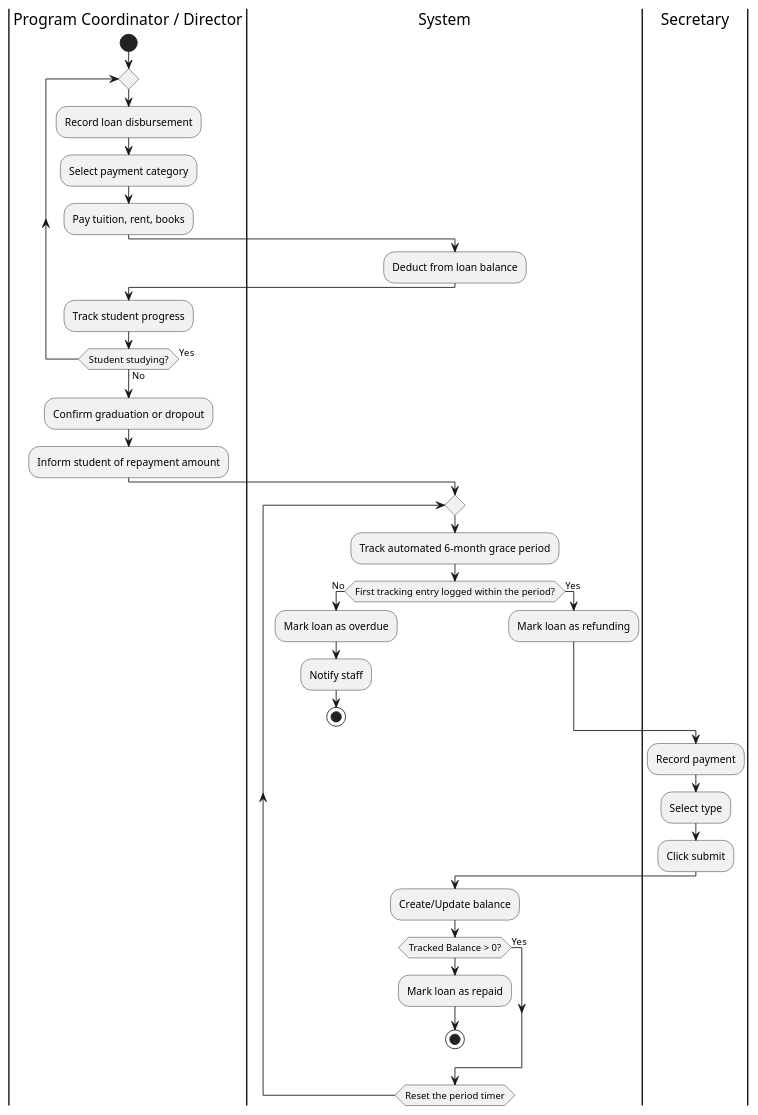
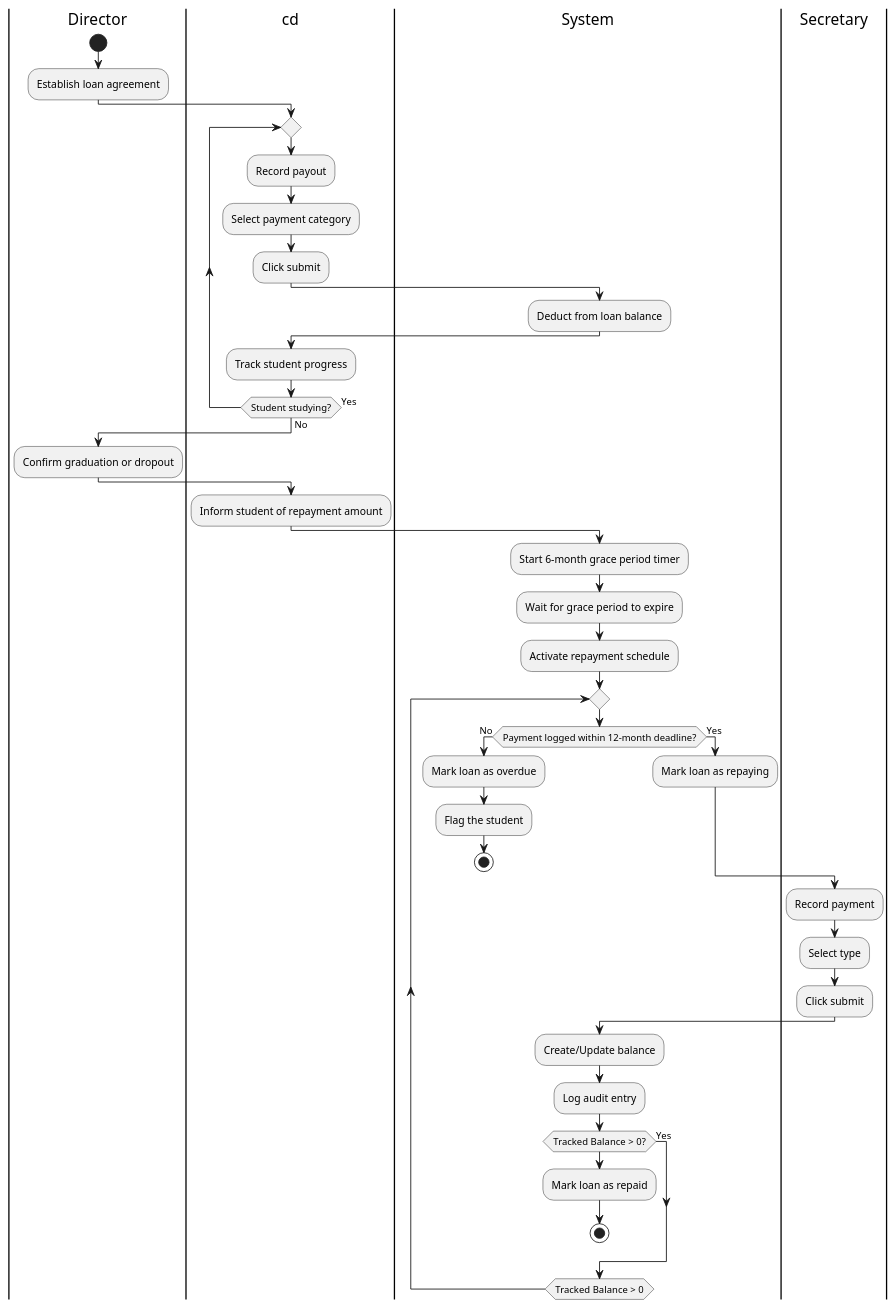
The diagram in activity-diagram/workflow_loan.puml (TainYanTun/BHSMS-Architectural-Blueprint), drawn with PlantUML before and after one commit. The commit also changed 24 other files, not shown here.

First line of the commit message:
docs(use-cases): Introduce detailed per-role diagrams

```diff
--- a/activity-diagram/workflow_loan.puml
+++ b/activity-diagram/workflow_loan.puml
@@ -1,46 +1,55 @@
 @startuml
 skinparam conditionStyle inside
 
-|Program Coordinator / Director|
+|Director|
 start
+:Establish loan agreement;
+
+|Program Coordinator|
 repeat
-  :Record loan disbursement;
+  :Record payout;
   :Select payment category;
-  :Pay tuition, rent, books;
+  :Click submit;
 |System|
   :Deduct from loan balance;
-|Program Coordinator / Director|
+|Program Coordinator|
   :Track student progress;
 repeat while (Student studying?) is (Yes) not (No)
 
+|Director|
 :Confirm graduation or dropout;
+
+|Program Coordinator|cd
 :Inform student of repayment amount;
 
 |System|
+:Start 6-month grace period timer;
+:Wait for grace period to expire;
+:Activate repayment schedule;
 repeat
-:Track automated 6-month grace period;
 
-if (First tracking entry logged within the period?) then (No)
+if (Payment logged within 12-month deadline?) then (No)
   :Mark loan as overdue;
-  :Notify staff;
+  :Flag the student;
+
   stop
 else (Yes)
-  :Mark loan as refunding;
+  :Mark loan as repaying;
 endif
 
 |Secretary|
 :Record payment;
 :Select type;
 :Click submit;
 
-
 |System|
 :Create/Update balance;
+:Log audit entry;
 if (Tracked Balance > 0?) then (Yes)
   else
   |System|
   :Mark loan as repaid;
   stop
 endif
-repeat while (Reset the period timer)
+repeat while (Tracked Balance > 0)
 @enduml
```
